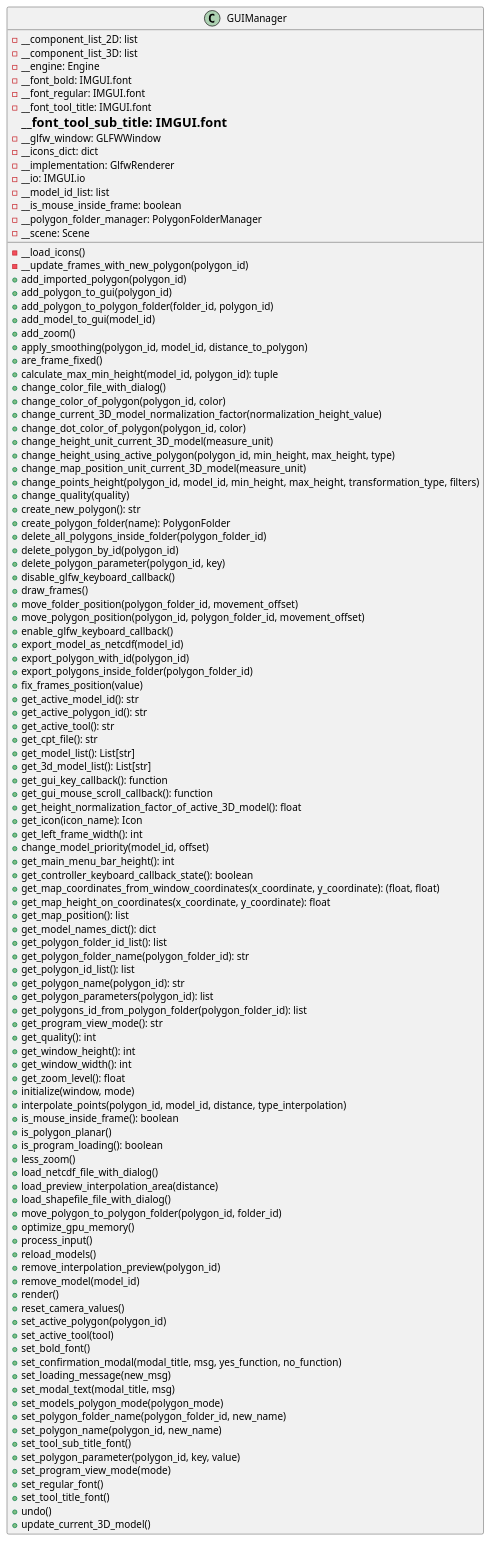
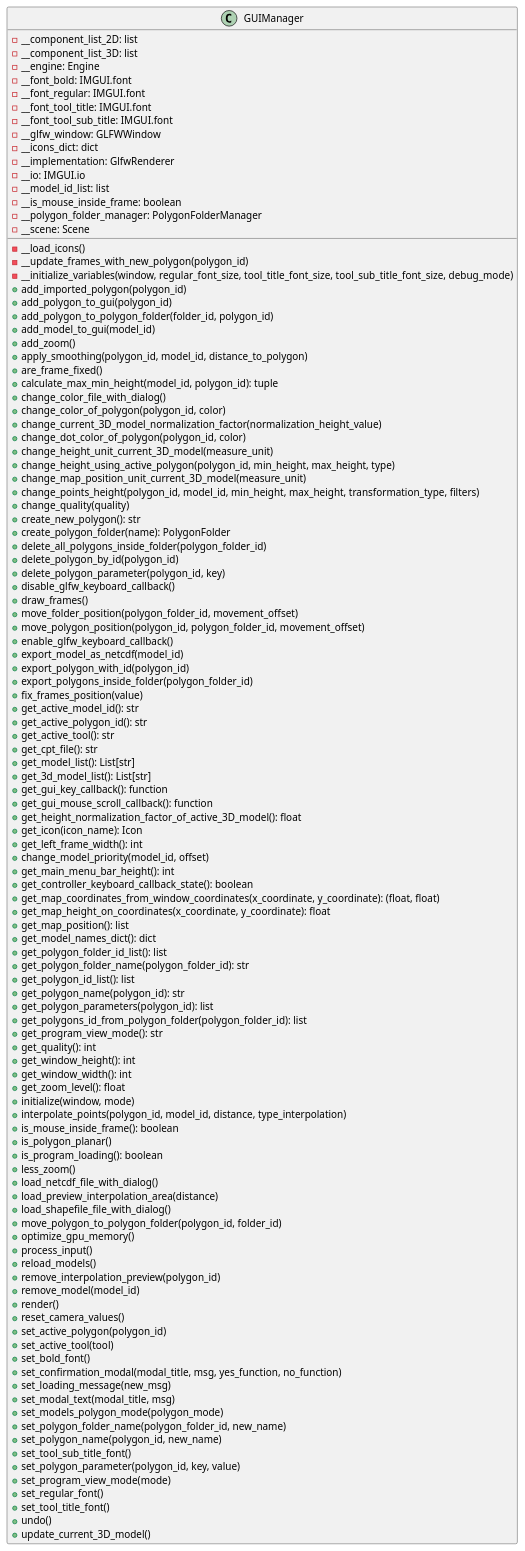
One commit to ferpoble2/Relief_Creator changed the diagram in docs/classes/GUIManager.puml. Above: the diagram before and after it, drawn with PlantUML. The commit also changed 6 other files, not shown here.

```diff
--- a/docs/classes/GUIManager.puml
+++ b/docs/classes/GUIManager.puml
@@ -1,116 +1,117 @@
 @startuml
 'https://plantuml.com/class-diagram
 class GUIManager{
     - __component_list_2D: list
     - __component_list_3D: list
     - __engine: Engine
     - __font_bold: IMGUI.font
     - __font_regular: IMGUI.font
     - __font_tool_title: IMGUI.font
-    = __font_tool_sub_title: IMGUI.font
+    - __font_tool_sub_title: IMGUI.font
     - __glfw_window: GLFWWindow
     - __icons_dict: dict
     - __implementation: GlfwRenderer
     - __io: IMGUI.io
     - __model_id_list: list
     - __is_mouse_inside_frame: boolean
     - __polygon_folder_manager: PolygonFolderManager
     - __scene: Scene
 
     - __load_icons()
     - __update_frames_with_new_polygon(polygon_id)
+    - __initialize_variables(window, regular_font_size, tool_title_font_size, tool_sub_title_font_size, debug_mode)
     + add_imported_polygon(polygon_id)
     + add_polygon_to_gui(polygon_id)
     + add_polygon_to_polygon_folder(folder_id, polygon_id)
     + add_model_to_gui(model_id)
     + add_zoom()
     + apply_smoothing(polygon_id, model_id, distance_to_polygon)
     + are_frame_fixed()
     + calculate_max_min_height(model_id, polygon_id): tuple
     + change_color_file_with_dialog()
     + change_color_of_polygon(polygon_id, color)
     + change_current_3D_model_normalization_factor(normalization_height_value)
     + change_dot_color_of_polygon(polygon_id, color)
     + change_height_unit_current_3D_model(measure_unit)
     + change_height_using_active_polygon(polygon_id, min_height, max_height, type)
     + change_map_position_unit_current_3D_model(measure_unit)
     + change_points_height(polygon_id, model_id, min_height, max_height, transformation_type, filters)
     + change_quality(quality)
     + create_new_polygon(): str
     + create_polygon_folder(name): PolygonFolder
     + delete_all_polygons_inside_folder(polygon_folder_id)
     + delete_polygon_by_id(polygon_id)
     + delete_polygon_parameter(polygon_id, key)
     + disable_glfw_keyboard_callback()
     + draw_frames()
     + move_folder_position(polygon_folder_id, movement_offset)
     + move_polygon_position(polygon_id, polygon_folder_id, movement_offset)
     + enable_glfw_keyboard_callback()
     + export_model_as_netcdf(model_id)
     + export_polygon_with_id(polygon_id)
     + export_polygons_inside_folder(polygon_folder_id)
     + fix_frames_position(value)
     + get_active_model_id(): str
     + get_active_polygon_id(): str
     + get_active_tool(): str
     + get_cpt_file(): str
     + get_model_list(): List[str]
     + get_3d_model_list(): List[str]
     + get_gui_key_callback(): function
     + get_gui_mouse_scroll_callback(): function
     + get_height_normalization_factor_of_active_3D_model(): float
     + get_icon(icon_name): Icon
     + get_left_frame_width(): int
     + change_model_priority(model_id, offset)
     + get_main_menu_bar_height(): int
     + get_controller_keyboard_callback_state(): boolean
     + get_map_coordinates_from_window_coordinates(x_coordinate, y_coordinate): (float, float)
     + get_map_height_on_coordinates(x_coordinate, y_coordinate): float
     + get_map_position(): list
     + get_model_names_dict(): dict
     + get_polygon_folder_id_list(): list
     + get_polygon_folder_name(polygon_folder_id): str
     + get_polygon_id_list(): list
     + get_polygon_name(polygon_id): str
     + get_polygon_parameters(polygon_id): list
     + get_polygons_id_from_polygon_folder(polygon_folder_id): list
     + get_program_view_mode(): str
     + get_quality(): int
     + get_window_height(): int
     + get_window_width(): int
     + get_zoom_level(): float
     + initialize(window, mode)
     + interpolate_points(polygon_id, model_id, distance, type_interpolation)
     + is_mouse_inside_frame(): boolean
     + is_polygon_planar()
     + is_program_loading(): boolean
     + less_zoom()
     + load_netcdf_file_with_dialog()
     + load_preview_interpolation_area(distance)
     + load_shapefile_file_with_dialog()
     + move_polygon_to_polygon_folder(polygon_id, folder_id)
     + optimize_gpu_memory()
     + process_input()
     + reload_models()
     + remove_interpolation_preview(polygon_id)
     + remove_model(model_id)
     + render()
     + reset_camera_values()
     + set_active_polygon(polygon_id)
     + set_active_tool(tool)
     + set_bold_font()
     + set_confirmation_modal(modal_title, msg, yes_function, no_function)
     + set_loading_message(new_msg)
     + set_modal_text(modal_title, msg)
     + set_models_polygon_mode(polygon_mode)
     + set_polygon_folder_name(polygon_folder_id, new_name)
     + set_polygon_name(polygon_id, new_name)
     + set_tool_sub_title_font()
     + set_polygon_parameter(polygon_id, key, value)
     + set_program_view_mode(mode)
     + set_regular_font()
     + set_tool_title_font()
     + undo()
     + update_current_3D_model()
 }
 @enduml
```
